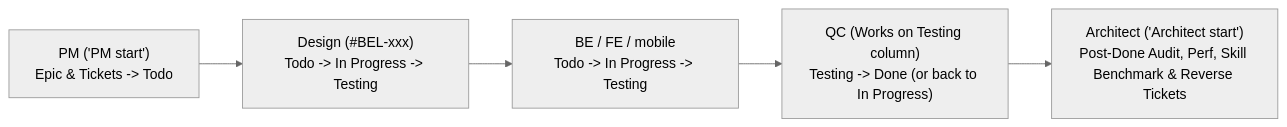
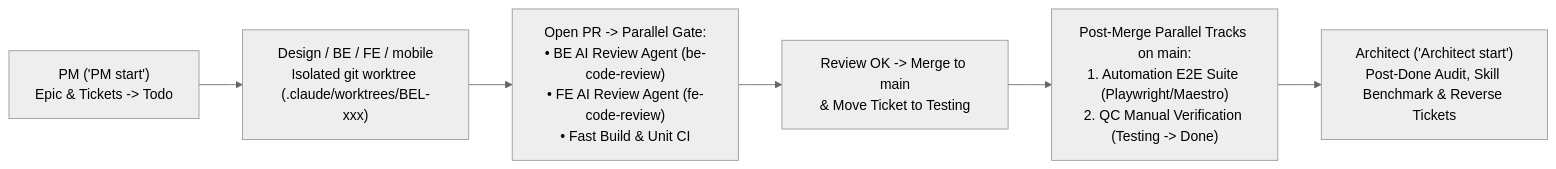
The diagram in .agents/skills/belooga-senior-agile-workflow/SKILL.md (farmer911/belooga), drawn with Mermaid (neutral theme) before and after one commit. The commit also changed 8 other files, not shown here.

Commit message:
feat(workflow): isolated worktree dispatch, split FE/BE review agents, and post-merge parallel QC/Automation CI (#246)

````diff
--- a/.agents/skills/belooga-senior-agile-workflow/SKILL.md
+++ b/.agents/skills/belooga-senior-agile-workflow/SKILL.md
@@ -10,7 +10,8 @@
 ```mermaid
 flowchart LR
-    PM["PM ('PM start')\nEpic & Tickets -> Todo"] --> D["Design (#BEL-xxx)\nTodo -> In Progress -> Testing"]
-    D --> DEV["BE / FE / mobile\nTodo -> In Progress -> Testing"]
-    DEV --> QC["QC (Works on Testing column)\nTesting -> Done (or back to In Progress)"]
-    QC --> ARCH["Architect ('Architect start')\nPost-Done Audit, Perf, Skill Benchmark & Reverse Tickets"]
+    PM["PM ('PM start')\nEpic & Tickets -> Todo"] --> WT["Design / BE / FE / mobile\nIsolated git worktree (.claude/worktrees/BEL-xxx)"]
+    WT --> PR["Open PR -> Parallel Gate:\n• BE AI Review Agent (be-code-review)\n• FE AI Review Agent (fe-code-review)\n• Fast Build & Unit CI"]
+    PR --> MERGE["Review OK -> Merge to main\n& Move Ticket to Testing"]
+    MERGE --> POST["Post-Merge Parallel Tracks on main:\n1. Automation E2E Suite (Playwright/Maestro)\n2. QC Manual Verification (Testing -> Done)"]
+    POST --> ARCH["Architect ('Architect start')\nPost-Done Audit, Skill Benchmark & Reverse Tickets"]
 ```
````
